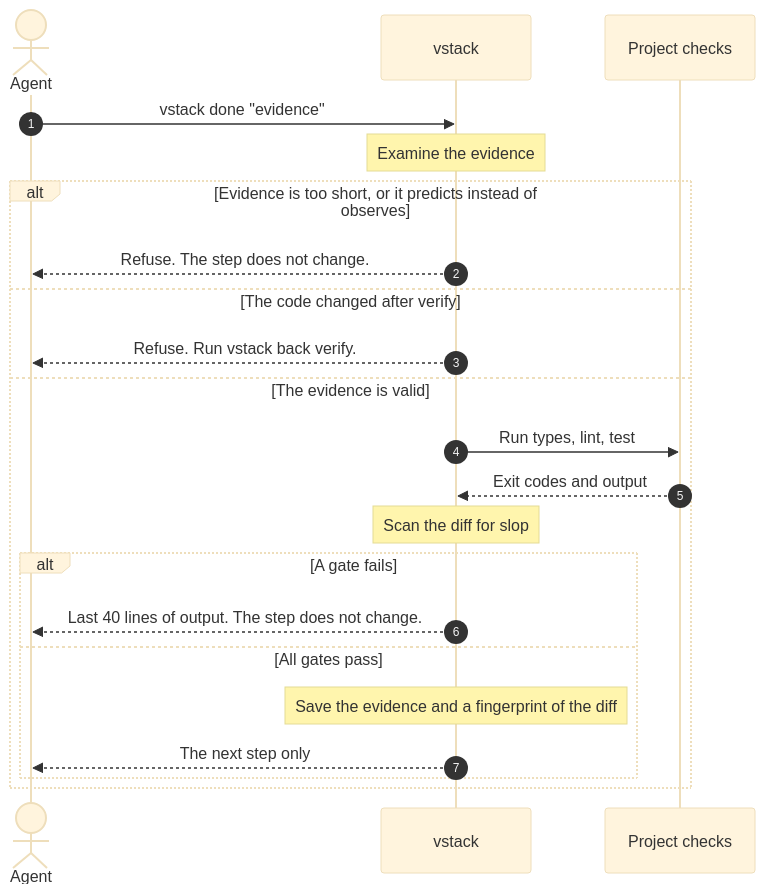
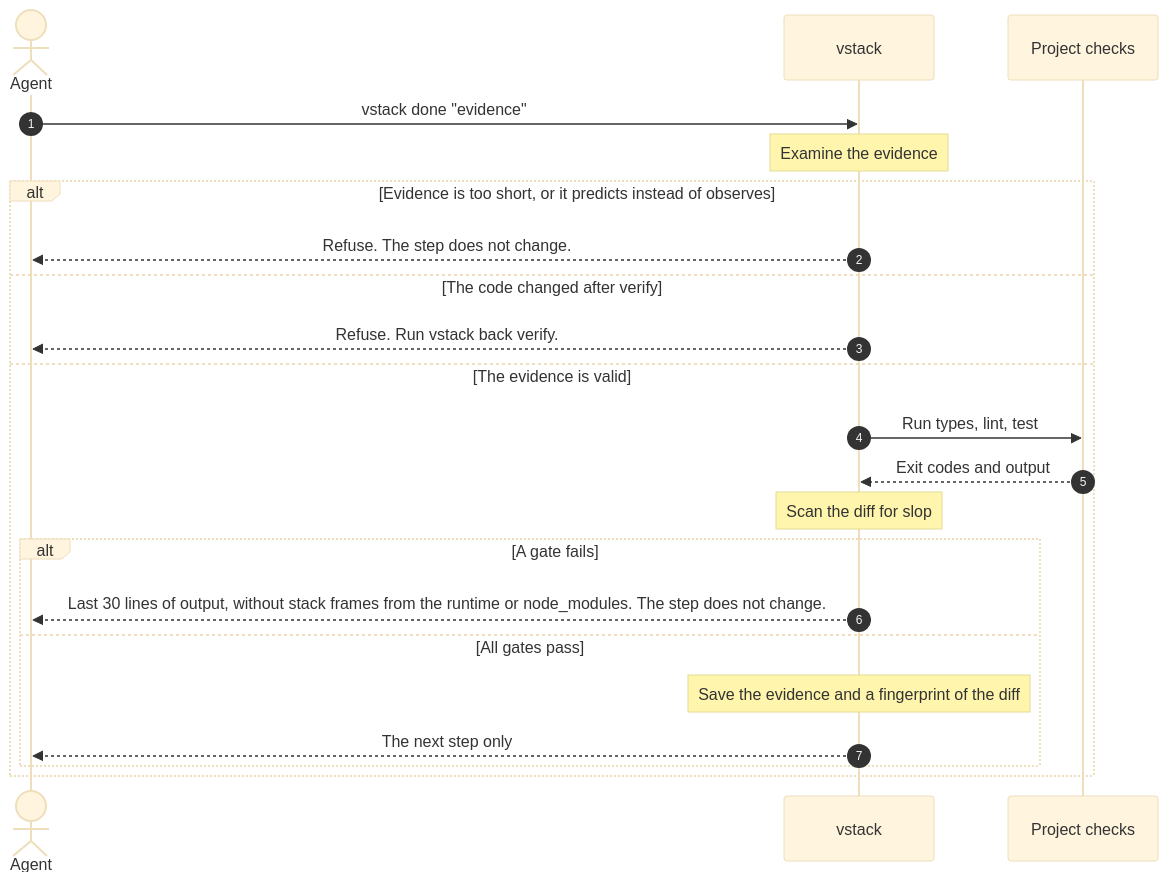
One commit to 0x00vb/vstack changed the fourth of 7 diagrams in README.md. Above: the diagram before and after it, drawn with Mermaid (base theme). The commit also changed other lines of this file and 3 other files, not shown here.

````diff
--- a/README.md
+++ b/README.md
@@ -217,25 +217,25 @@
 ```mermaid
 sequenceDiagram
     autonumber
     actor A as Agent
     participant V as vstack
     participant P as Project checks
 
     A->>V: vstack done "evidence"
     Note over V: Examine the evidence
     alt Evidence is too short, or it predicts instead of observes
         V-->>A: Refuse. The step does not change.
     else The code changed after verify
         V-->>A: Refuse. Run vstack back verify.
     else The evidence is valid
         V->>P: Run types, lint, test
         P-->>V: Exit codes and output
         Note over V: Scan the diff for slop
         alt A gate fails
-            V-->>A: Last 40 lines of output. The step does not change.
+            V-->>A: Last 30 lines of output, without stack frames from the runtime or node_modules. The step does not change.
         else All gates pass
             Note over V: Save the evidence and a fingerprint of the diff
             V-->>A: The next step only
         end
     end
 ```
````
